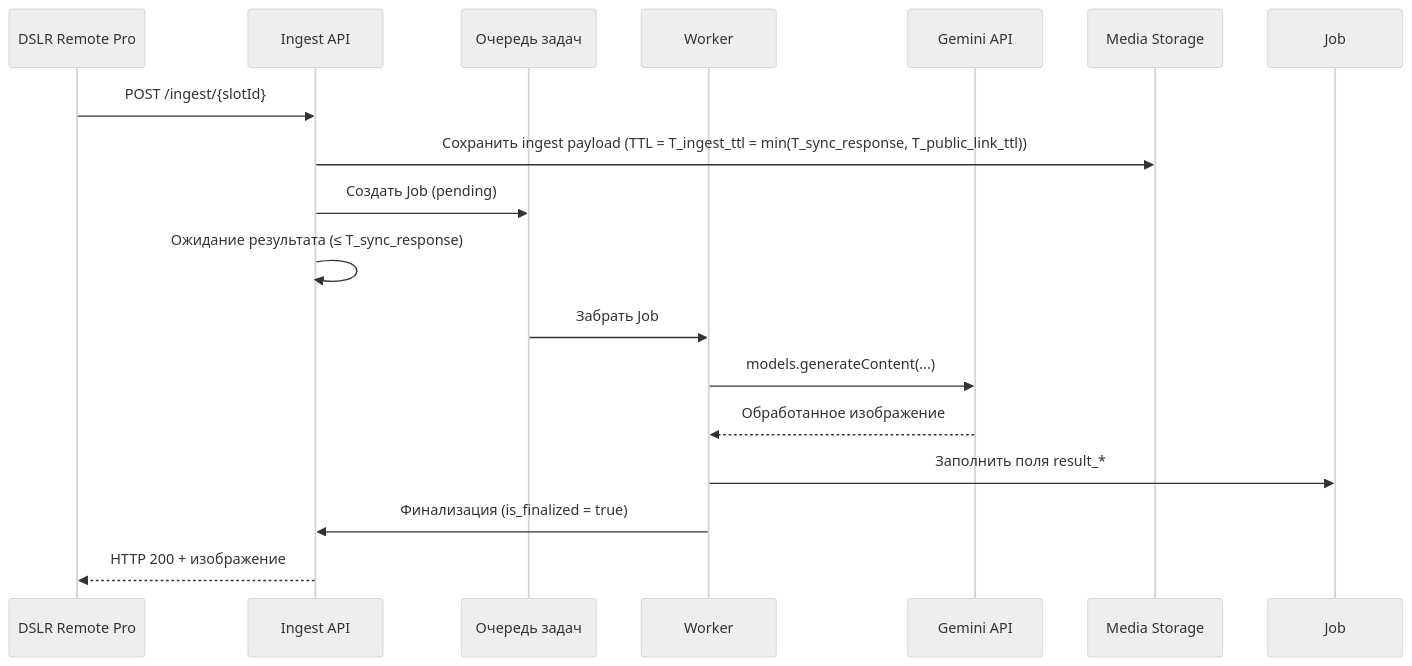
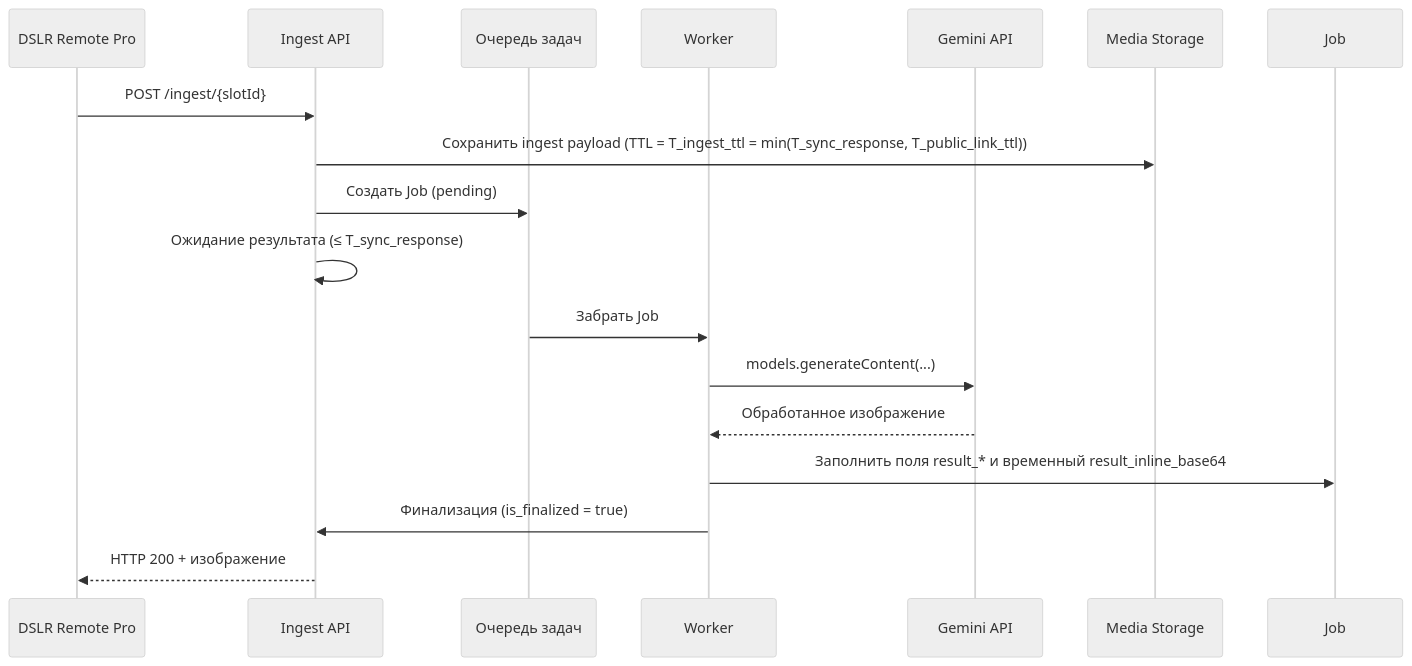
Before and after one commit to nicelight/PhotoChanger_25: the first of 2 diagrams in spec/docs/blueprints/use-cases.md, drawn with Mermaid (neutral theme). The commit also changed other lines of this file and 11 other files, not shown here.

Commit message:
docs: уточняем очистку result_inline_base64 при 504

````diff
--- a/spec/docs/blueprints/use-cases.md
+++ b/spec/docs/blueprints/use-cases.md
@@ -42,20 +42,20 @@
 ```mermaid
 sequenceDiagram
     participant DSLR as DSLR Remote Pro
     participant API as Ingest API
     participant Queue as Очередь задач
     participant Worker as Worker
     participant Gemini as Gemini API
     participant Storage as Media Storage
 
     DSLR->>API: POST /ingest/{slotId}
     API->>Storage: Сохранить ingest payload (TTL = T_ingest_ttl = min(T_sync_response, T_public_link_ttl))
     API->>Queue: Создать Job (pending)
     API->>API: Ожидание результата (≤ T_sync_response)
     Queue->>Worker: Забрать Job
     Worker->>Gemini: models.generateContent(...)
     Gemini-->>Worker: Обработанное изображение
-    Worker->>Job: Заполнить поля result_*
+    Worker->>Job: Заполнить поля result_* и временный result_inline_base64
     Worker->>API: Финализация (is_finalized = true)
     API-->>DSLR: HTTP 200 + изображение
 ```
````
